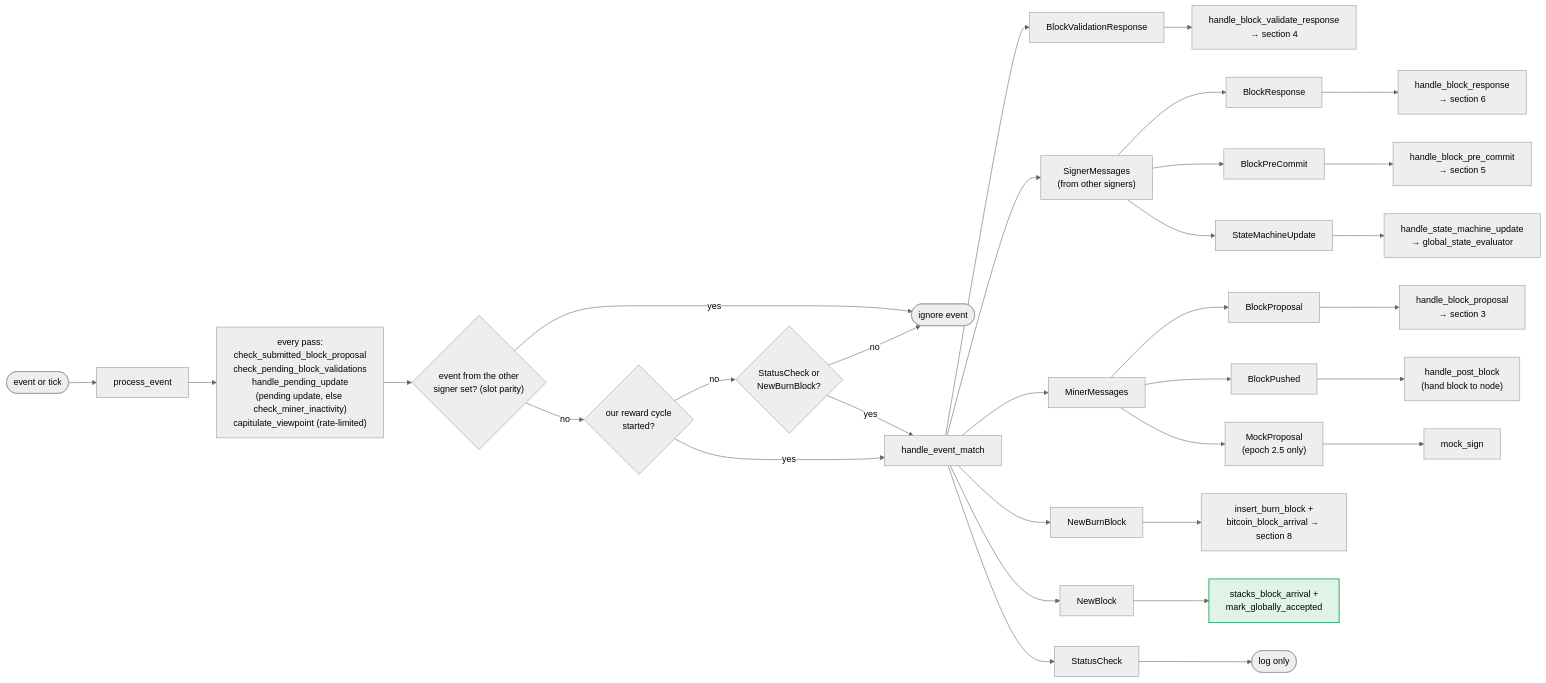
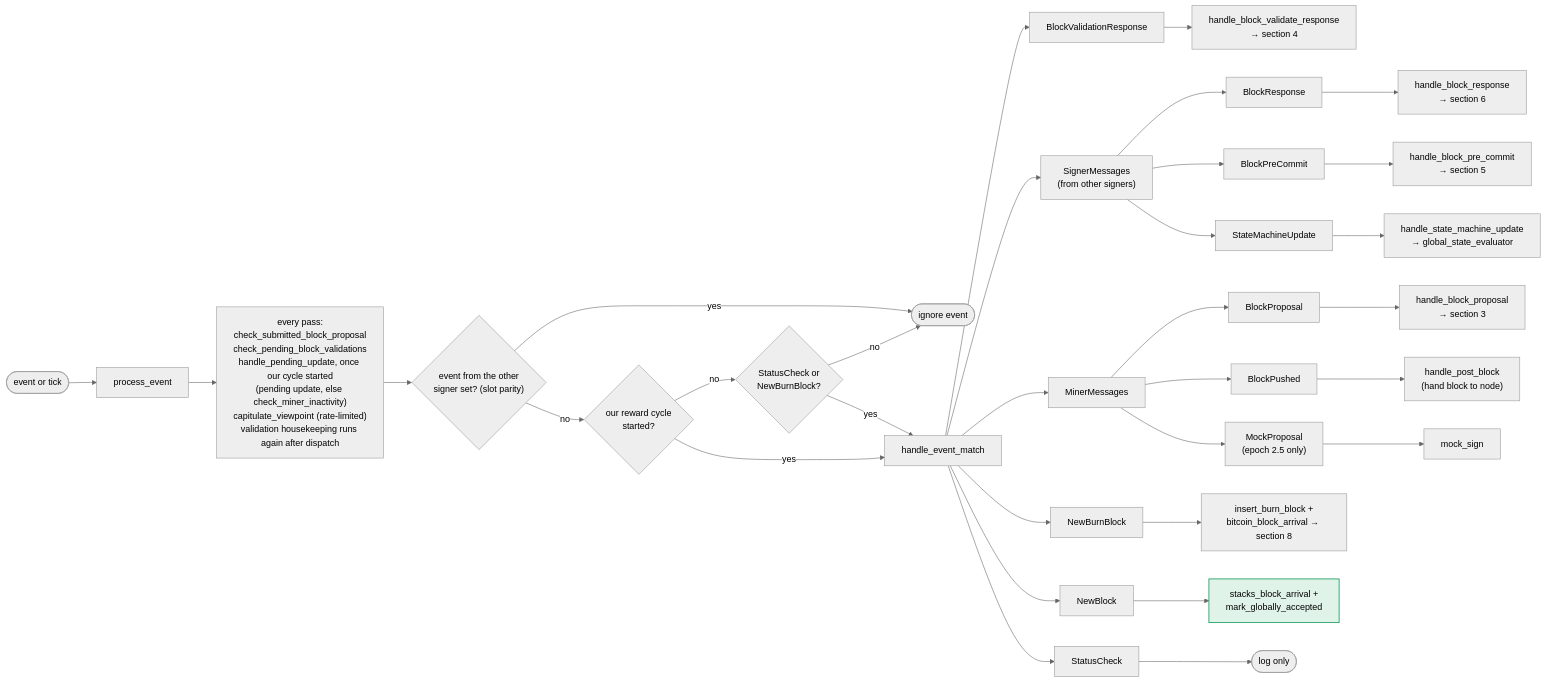
The second of 9 diagrams in docs/signer-flows.md (stacks-network/stacks-core), drawn with Mermaid (neutral theme) before and after one commit. The commit also changed other lines of this file and 4 other files, not shown here.

````diff
--- a/docs/signer-flows.md
+++ b/docs/signer-flows.md
@@ -88,25 +91,25 @@
 ```mermaid
 flowchart LR
     EV(["event or tick"]) --> PE["process_event"]
-    PE --> HK["every pass:<br/>check_submitted_block_proposal<br/>check_pending_block_validations<br/>handle_pending_update<br/>(pending update, else check_miner_inactivity)<br/>capitulate_viewpoint (rate-limited)"]
+    PE --> HK["every pass:<br/>check_submitted_block_proposal<br/>check_pending_block_validations<br/>handle_pending_update, once our cycle started<br/>(pending update, else check_miner_inactivity)<br/>capitulate_viewpoint (rate-limited)<br/>validation housekeeping runs again after dispatch"]
     HK --> PAR{"event from the other<br/>signer set? (slot parity)"}
     PAR -- yes --> SKIP(["ignore event"])
     PAR -- no --> STARTED{"our reward cycle<br/>started?"}
     STARTED -- no --> EARLY{"StatusCheck or<br/>NewBurnBlock?"}
     EARLY -- no --> SKIP
     EARLY -- yes --> HEM
     STARTED -- yes --> HEM["handle_event_match"]
     HEM --> E1["BlockValidationResponse"] --> H1["handle_block_validate_response<br/>→ section 4"]
     HEM --> E2["SignerMessages<br/>(from other signers)"]
     E2 --> M1["BlockResponse"] --> H2["handle_block_response<br/>→ section 6"]
     E2 --> M2["BlockPreCommit"] --> H3["handle_block_pre_commit<br/>→ section 5"]
     E2 --> M3["StateMachineUpdate"] --> H4["handle_state_machine_update<br/>→ global_state_evaluator"]
     HEM --> E3["MinerMessages"]
     E3 --> M4["BlockProposal"] --> H5["handle_block_proposal<br/>→ section 3"]
     E3 --> M5["BlockPushed"] --> H6["handle_post_block<br/>(hand block to node)"]
     E3 --> M6["MockProposal<br/>(epoch 2.5 only)"] --> H7["mock_sign"]
     HEM --> E4["NewBurnBlock"] --> H8["insert_burn_block +<br/>bitcoin_block_arrival → section 8"]
     HEM --> E5["NewBlock"] --> H9["stacks_block_arrival +<br/>mark_globally_accepted"]:::good
     HEM --> E6["StatusCheck"] --> H10(["log only"])
     classDef good fill:#17a45c22,stroke:#1d9d5f,stroke-width:1.5px;
 ```
````
